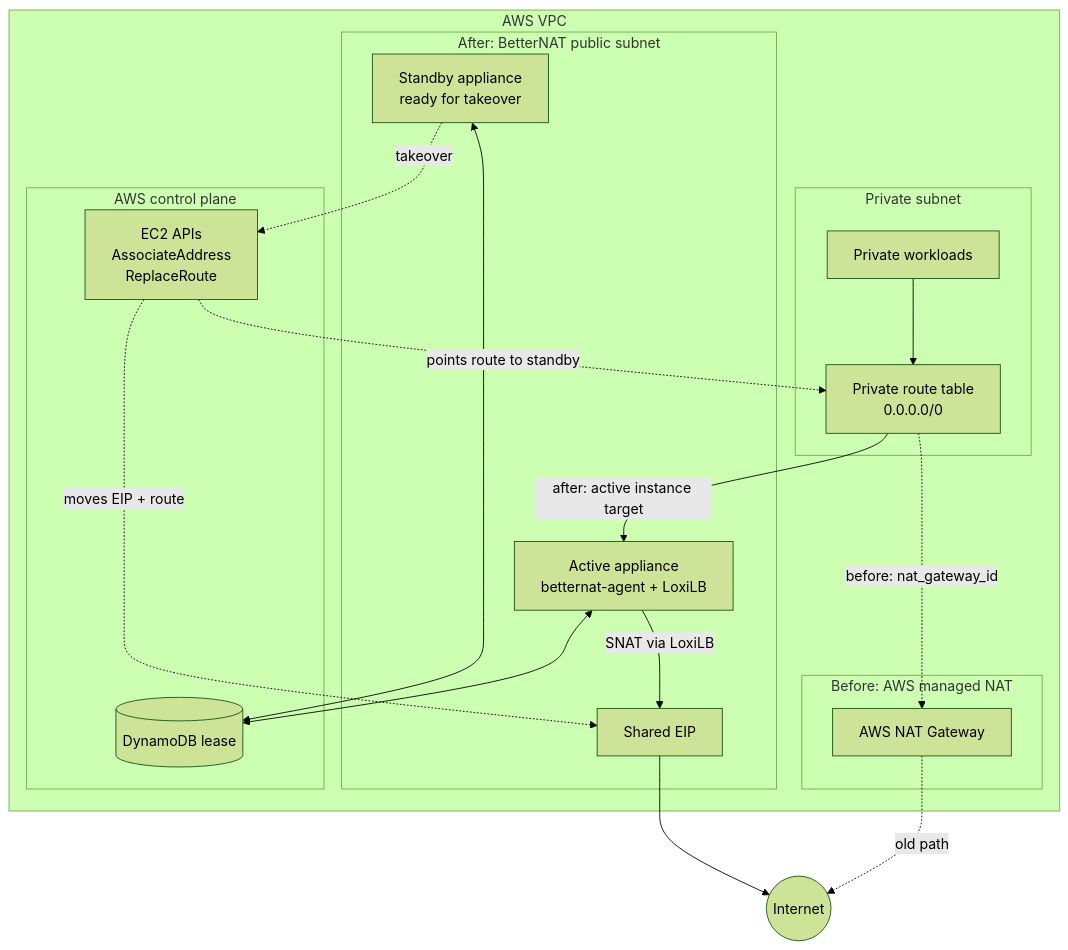
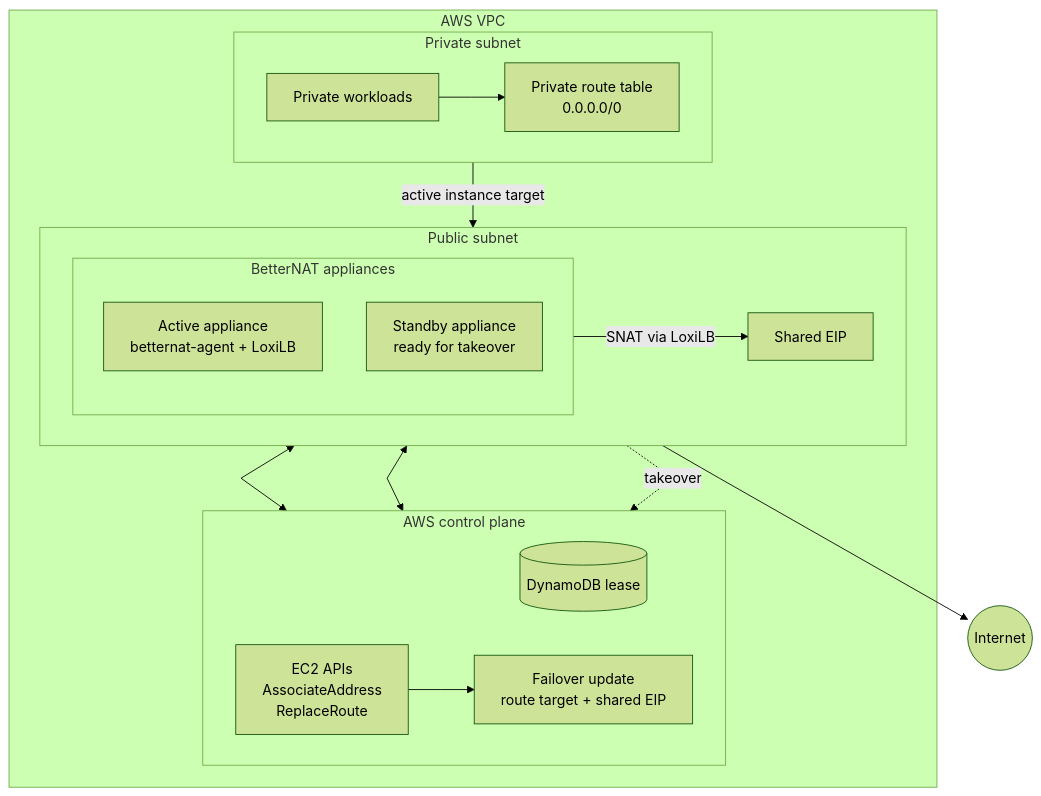
The second of 2 diagrams in README.md (nowakeai/betternat), drawn with Mermaid (forest theme) before and after one commit. The commit also changed other lines of this file, not shown here.

Commit message:
Update README with improved Mermaid diagrams for BetterNAT architecture

````diff
--- a/README.md
+++ b/README.md
@@ -122,40 +148,40 @@
 ```mermaid
+%%{init: {"flowchart": {"curve": "linear"}} }%%
 flowchart TB
   subgraph vpc[AWS VPC]
     subgraph private_subnet[Private subnet]
+      direction LR
       workloads[Private workloads]
       route[Private route table<br/>0.0.0.0/0]
+      workloads --> route
     end
 
-    subgraph old_nat[Before: AWS managed NAT]
-      natgw[AWS NAT Gateway]
-    end
-
-    subgraph public_subnet[After: BetterNAT public subnet]
-      active[Active appliance<br/>betternat-agent + LoxiLB]
-      standby[Standby appliance<br/>ready for takeover]
+    subgraph public_subnet[Public subnet]
+      direction LR
+      subgraph appliances[BetterNAT appliances]
+        direction TB
+        active[Active appliance<br/>betternat-agent + LoxiLB]
+        standby[Standby appliance<br/>ready for takeover]
+      end
       eip[Shared EIP]
+      active -->|SNAT via LoxiLB| eip
     end
 
     subgraph control[AWS control plane]
+      direction LR
       ddb[(DynamoDB lease)]
       ec2api[EC2 APIs<br/>AssociateAddress<br/>ReplaceRoute]
+      failover[Failover update<br/>route target + shared EIP]
     end
   end
 
   internet((Internet))
 
-  workloads --> route
-  route -. before: nat_gateway_id .-> natgw
-  natgw -. old path .-> internet
-
-  route -->|after: active instance target| active
-  active -->|SNAT via LoxiLB| eip
+  route -->|active instance target| active
   eip --> internet
 
   active <--> ddb
   standby <--> ddb
   standby -. takeover .-> ec2api
-  ec2api -. moves EIP + route .-> eip
-  ec2api -. points route to standby .-> route
+  ec2api --> failover
 ```
````
